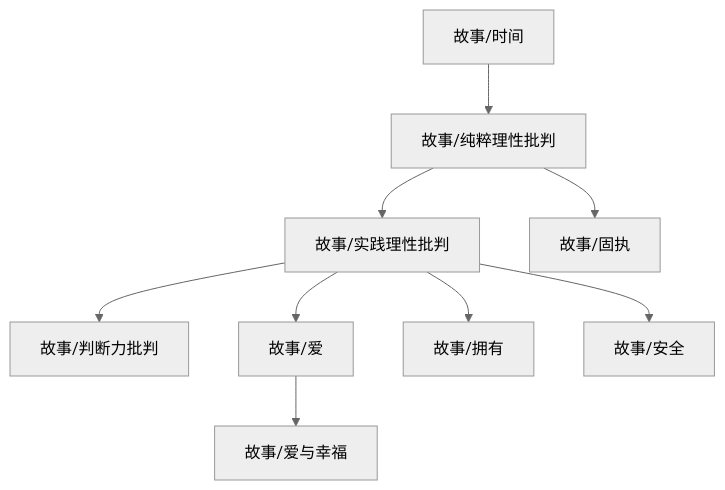
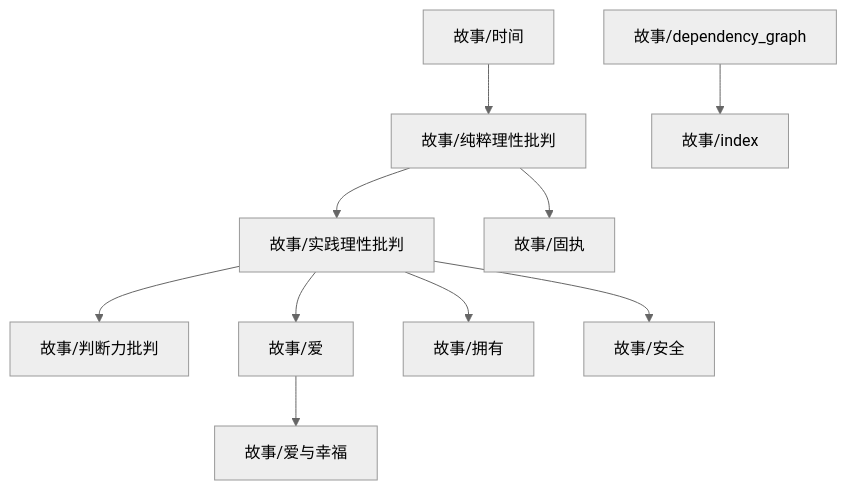
One commit to zeroDtree/zeroDtree.github.io changed the diagram in content/故事/dependency_graph.md. Above: the diagram before and after it, drawn with Mermaid (neutral theme). The commit also changed 30 other files, not shown here.

````diff
--- a/content/故事/dependency_graph.md
+++ b/content/故事/dependency_graph.md
@@ -1,11 +1,12 @@
 ```mermaid
 graph TD
 1["故事/纯粹理性批判"] --> 0["故事/实践理性批判"]
 0["故事/实践理性批判"] --> 2["故事/判断力批判"]
 4["故事/爱"] --> 3["故事/爱与幸福"]
 0["故事/实践理性批判"] --> 5["故事/拥有"]
 6["故事/时间"] --> 1["故事/纯粹理性批判"]
 0["故事/实践理性批判"] --> 7["故事/安全"]
-1["故事/纯粹理性批判"] --> 8["故事/固执"]
+9["故事/dependency_graph"] --> 8["故事/index"]
+1["故事/纯粹理性批判"] --> 10["故事/固执"]
 0["故事/实践理性批判"] --> 4["故事/爱"]
 ```
````
